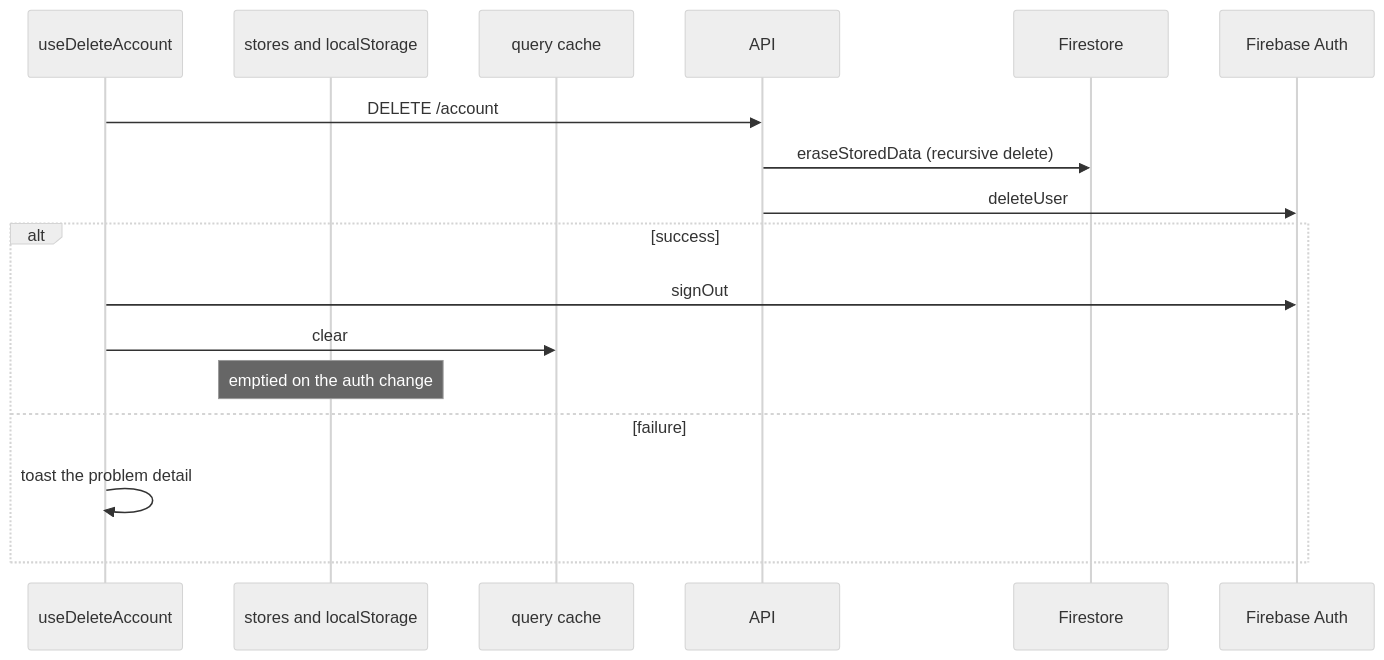
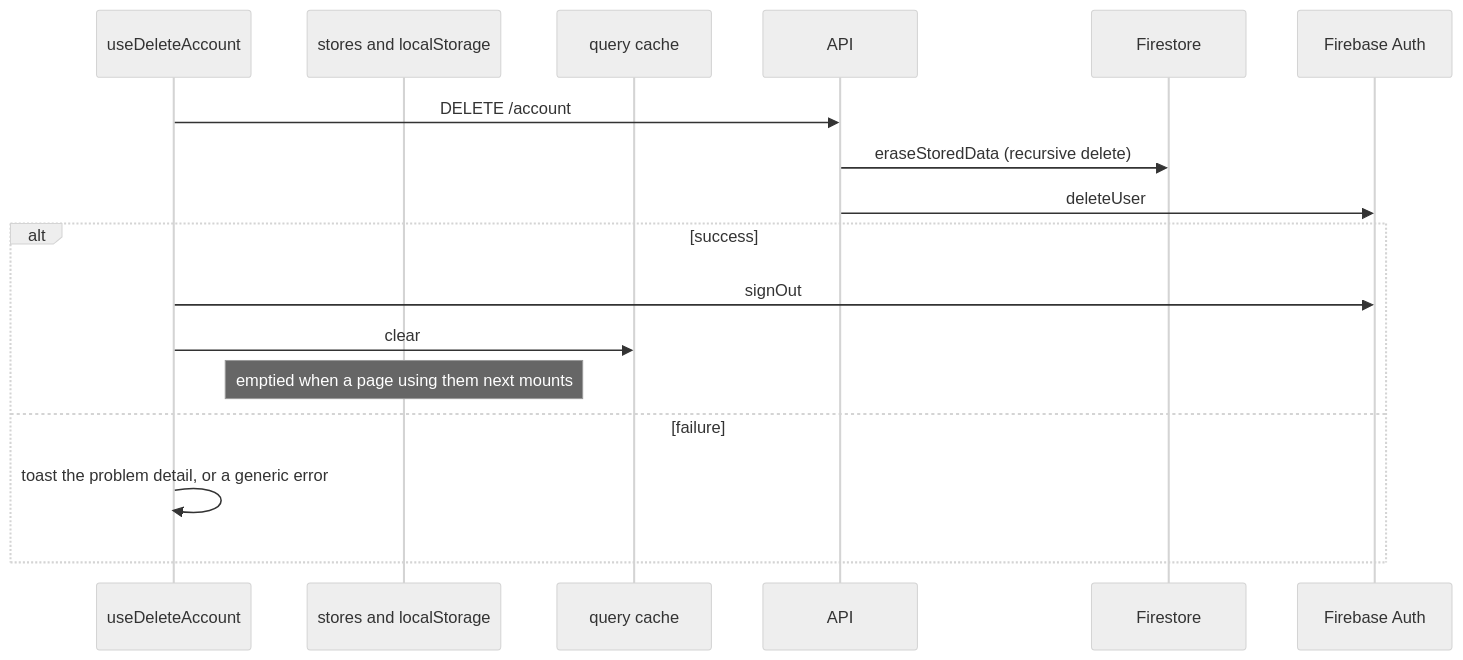
The fourth of 4 diagrams in docs/reference/data-flow-write-paths.md (dungeon-studio/genshin.dungeon.studio), drawn with Mermaid (neutral theme) before and after one commit. The commit also changed other lines of this file and 2 other files, not shown here.

First line of the commit message:
docs: correct data flow claims from a source fact check

````diff
--- a/docs/reference/data-flow-write-paths.md
+++ b/docs/reference/data-flow-write-paths.md
@@ -146,20 +153,20 @@
 ```mermaid
 sequenceDiagram
   participant Hook as useDeleteAccount
   participant Stores as stores and localStorage
   participant Cache as query cache
   participant API as API
   participant FS as Firestore
   participant FA as Firebase Auth
 
   Hook->>API: DELETE /account
   API->>FS: eraseStoredData (recursive delete)
   API->>FA: deleteUser
   alt success
     Hook->>FA: signOut
     Hook->>Cache: clear
-    Note over Stores: emptied on the auth change
+    Note over Stores: emptied when a page using them next mounts
   else failure
-    Hook->>Hook: toast the problem detail
+    Hook->>Hook: toast the problem detail, or a generic error
   end
 ```
````
